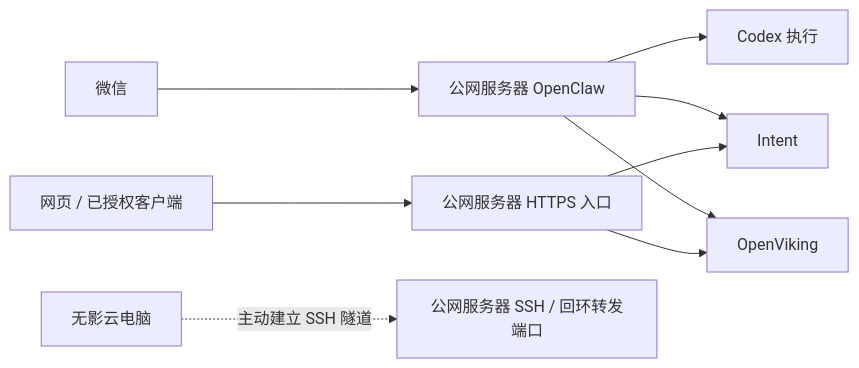
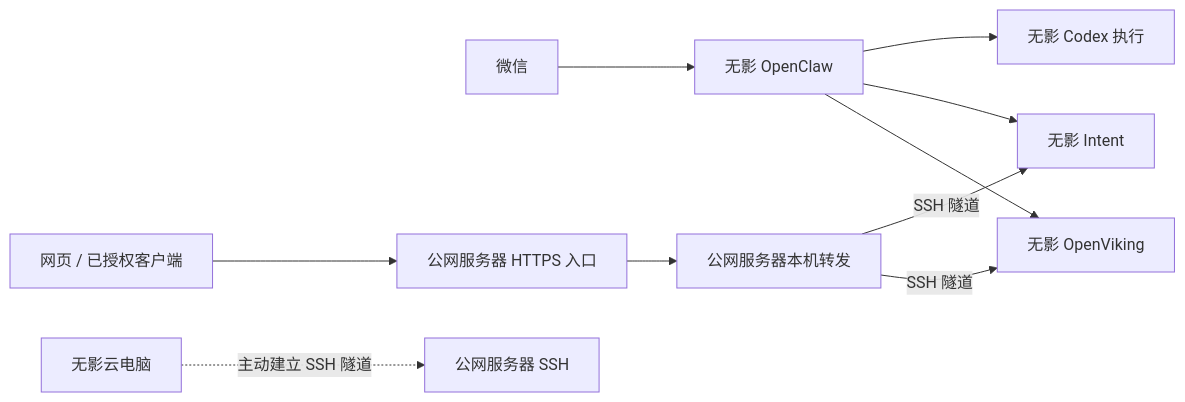
The diagram in posts/cloud-workspace-from-phone.md (cytlabs/personal-site), drawn with Mermaid before and after one commit. The commit also changed other lines of this file and 2 other files, not shown here.

````diff
--- a/posts/cloud-workspace-from-phone.md
+++ b/posts/cloud-workspace-from-phone.md
@@ -52,11 +52,12 @@
 ```mermaid
 flowchart LR
-    A[微信] --> B[公网服务器 OpenClaw]
-    B --> C[Codex 执行]
-    B --> D[Intent]
-    B --> E[OpenViking]
+    A[微信] --> B[无影 OpenClaw]
+    B --> C[无影 Codex 执行]
+    B --> D[无影 Intent]
+    B --> E[无影 OpenViking]
     F[网页 / 已授权客户端] --> G[公网服务器 HTTPS 入口]
-    G --> D
-    G --> E
-    H[无影云电脑] -. 主动建立 SSH 隧道 .-> S[公网服务器 SSH / 回环转发端口]
+    G --> R[公网服务器本机转发]
+    R -->|SSH 隧道| D
+    R -->|SSH 隧道| E
+    H[无影云电脑] -. 主动建立 SSH 隧道 .-> S[公网服务器 SSH]
 ```
````
